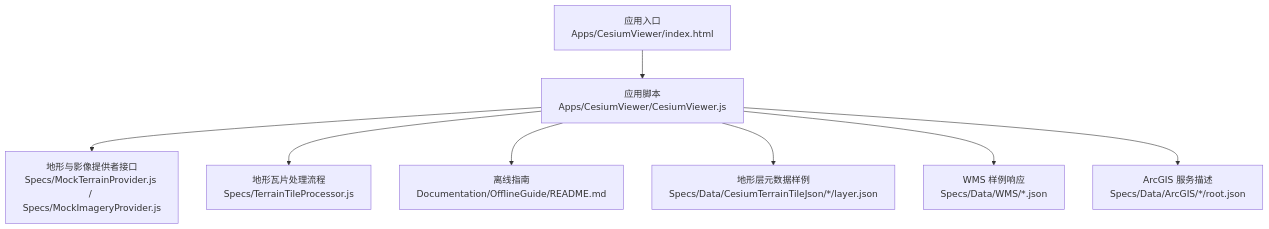
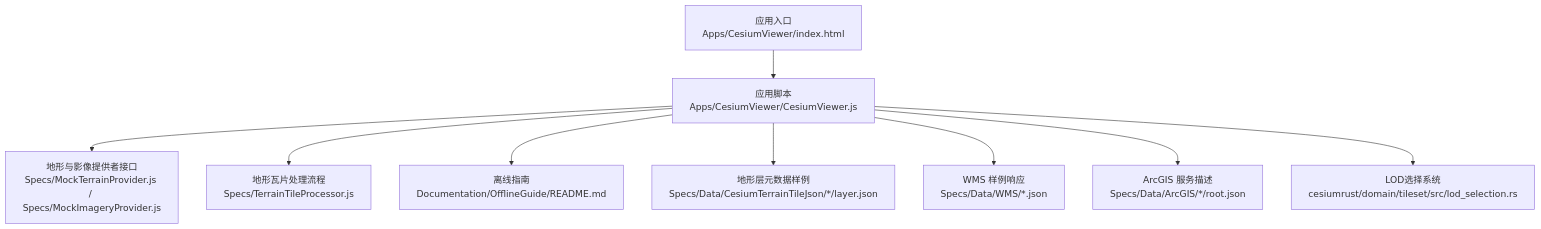
One commit to rzhangjing/cesium changed the first of 7 diagrams in .qoder/repowiki/zh/content/项目概述/核心特性/地形与影像系统/地形与影像系统.md. Above: the diagram before and after it, drawn with Mermaid. The commit also changed other lines of this file and 57 other files, not shown here.

````diff
--- a/.qoder/repowiki/zh/content/项目概述/核心特性/地形与影像系统/地形与影像系统.md
+++ b/.qoder/repowiki/zh/content/项目概述/核心特性/地形与影像系统/地形与影像系统.md
@@ -54,10 +61,11 @@
 ```mermaid
 graph TB
 A["应用入口<br/>Apps/CesiumViewer/index.html"] --> B["应用脚本<br/>Apps/CesiumViewer/CesiumViewer.js"]
 B --> C["地形与影像提供者接口<br/>Specs/MockTerrainProvider.js / Specs/MockImageryProvider.js"]
 B --> D["地形瓦片处理流程<br/>Specs/TerrainTileProcessor.js"]
 B --> E["离线指南<br/>Documentation/OfflineGuide/README.md"]
 B --> F["地形层元数据样例<br/>Specs/Data/CesiumTerrainTileJson/*/layer.json"]
 B --> G["WMS 样例响应<br/>Specs/Data/WMS/*.json"]
 B --> H["ArcGIS 服务描述<br/>Specs/Data/ArcGIS/*/root.json"]
+B --> I["LOD选择系统<br/>cesiumrust/domain/tileset/src/lod_selection.rs"]
 ```
````
